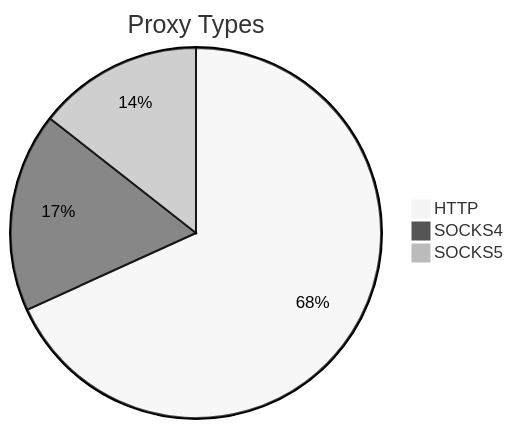
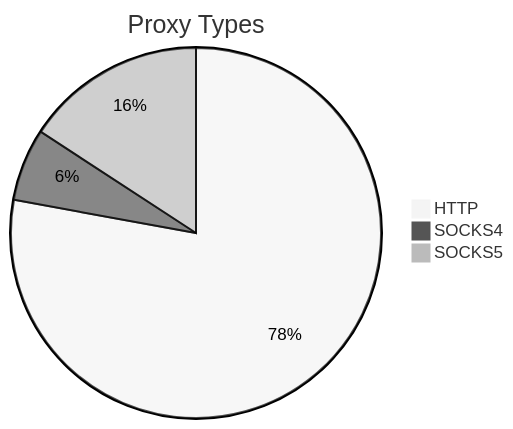
The first of 2 diagrams in README.md (stormsia/proxy-list), drawn with Mermaid (neutral theme) before and after one commit. The commit also changed other lines of this file, not shown here.

````diff
--- a/README.md
+++ b/README.md
@@ -21,6 +21,6 @@
 ```mermaid
 pie title Proxy Types
-    "HTTP" : 369
-    "SOCKS4" : 94
-    "SOCKS5" : 78
+    "HTTP" : 271
+    "SOCKS4" : 22
+    "SOCKS5" : 55
 ```
````
